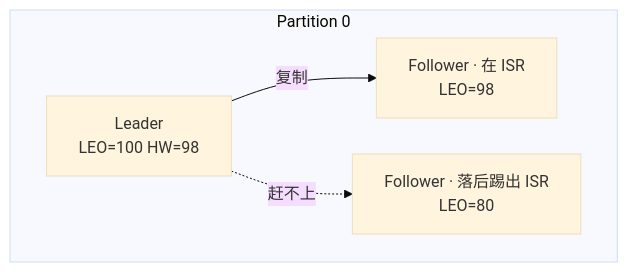
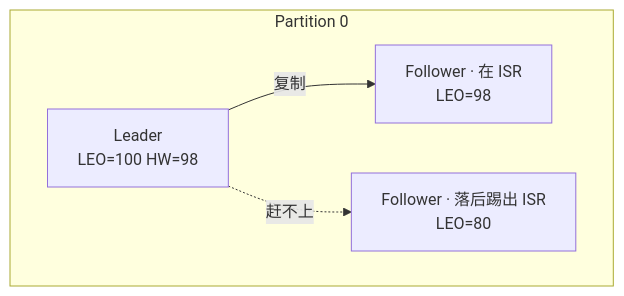
Before and after one commit to ml-cuizijun/LearnToLilith: the fourth of 8 diagrams in 02-中间件与数据库/03-Kafka/知识点.md, drawn with Mermaid. The commit also changed other lines of this file and 178 other files, not shown here.

````diff
--- a/02-中间件与数据库/03-Kafka/知识点.md
+++ b/02-中间件与数据库/03-Kafka/知识点.md
@@ -143,16 +126,10 @@
 ```mermaid
-%%{init: {"flowchart": {"padding": 16, "nodeSpacing": 36, "rankSpacing": 48}, "theme": "base"}}%%
 flowchart TB
     subgraph part ["Partition 0"]
         L["Leader<br/>LEO=100 HW=98"]
         F1["Follower · 在 ISR<br/>LEO=98"]
         F2["Follower · 落后踢出 ISR<br/>LEO=80"]
         L -->|"复制"| F1
         L -.->|"赶不上"| F2
     end
-
-    class L lead
-    class F1 ok
-    class F2 bad
-
 ```
````
